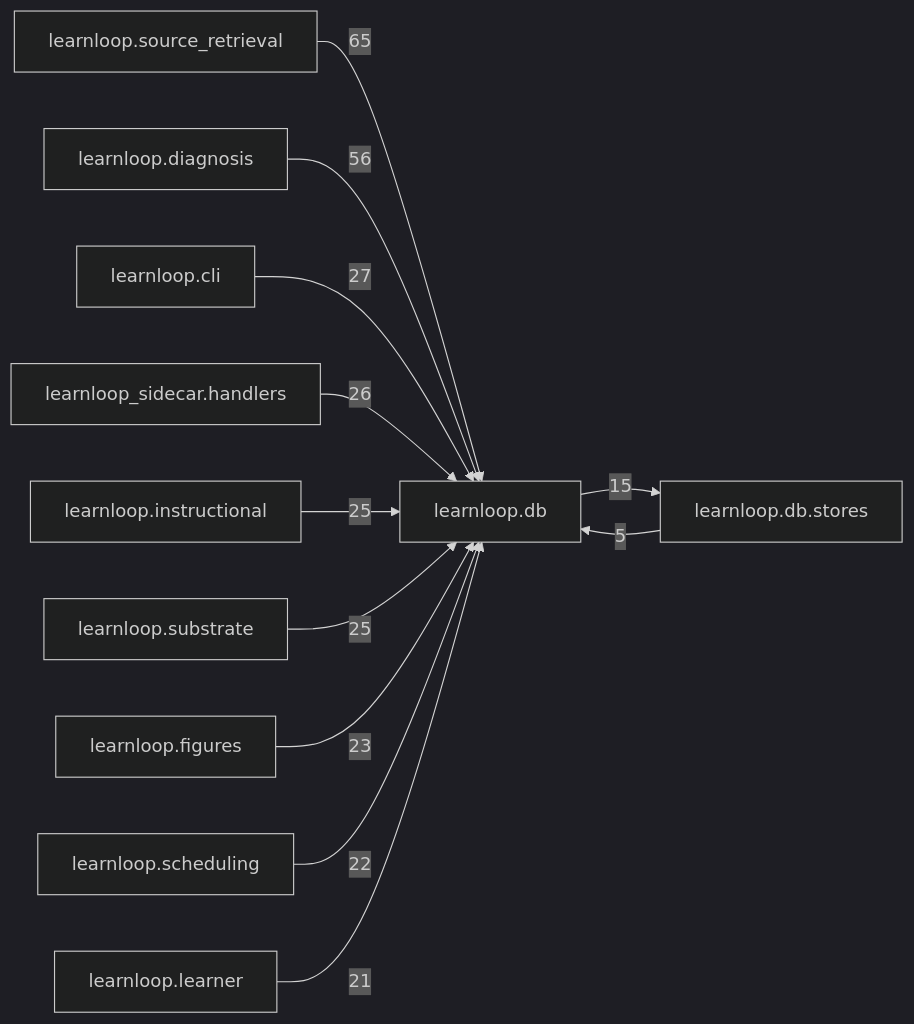
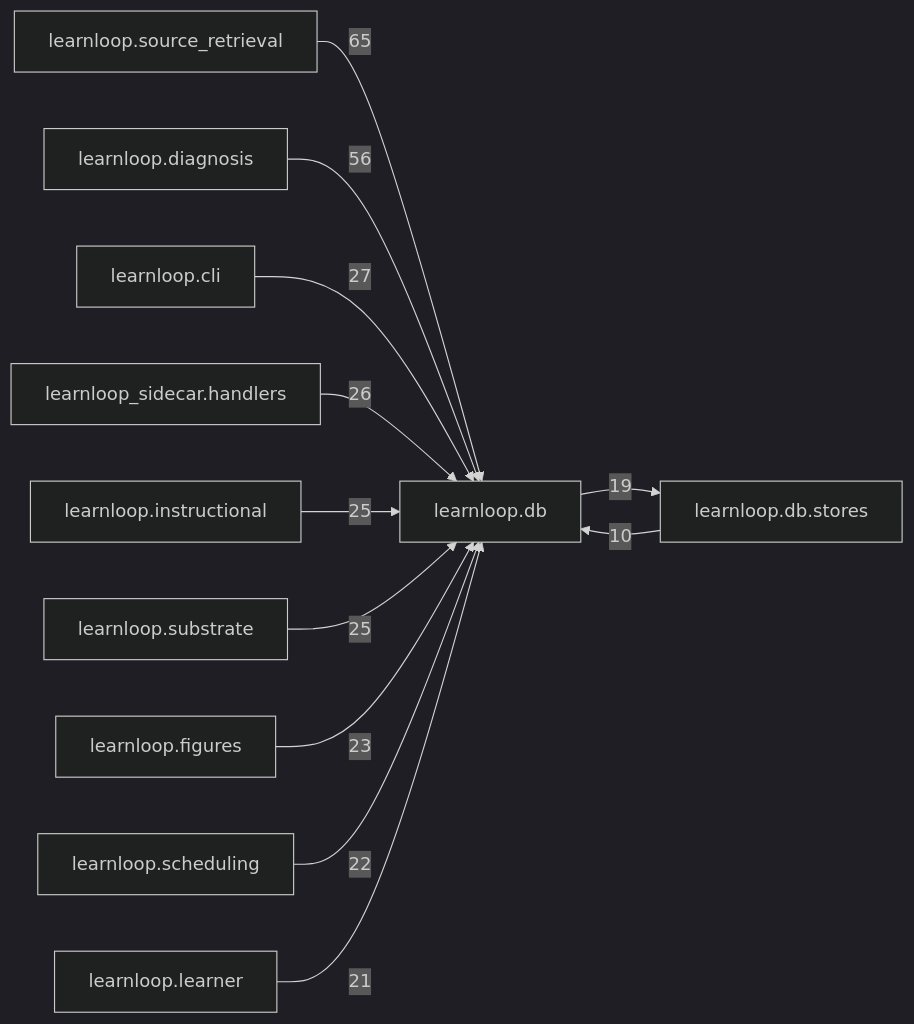
The diagram in docs/learnloop-architecture-vault/Reference/Modules/learnloop/db/_package.md (6up-b/learnanything), drawn with Mermaid (dark theme) before and after one commit. The commit also changed other lines of this file and 136 other files, not shown here.

````diff
--- a/docs/learnloop-architecture-vault/Reference/Modules/learnloop/db/_package.md
+++ b/docs/learnloop-architecture-vault/Reference/Modules/learnloop/db/_package.md
@@ -138,25 +139,25 @@
 ```mermaid
 flowchart LR
     center["learnloop.db"]
     n_learnloop_source_retrieval["learnloop.source_retrieval"]
     n_learnloop_diagnosis["learnloop.diagnosis"]
+    n_learnloop_db_stores["learnloop.db.stores"]
     n_learnloop_cli["learnloop.cli"]
     n_learnloop_sidecar_handlers["learnloop_sidecar.handlers"]
     n_learnloop_instructional["learnloop.instructional"]
     n_learnloop_substrate["learnloop.substrate"]
     n_learnloop_figures["learnloop.figures"]
     n_learnloop_scheduling["learnloop.scheduling"]
     n_learnloop_learner["learnloop.learner"]
-    n_learnloop_db_stores["learnloop.db.stores"]
     n_learnloop_source_retrieval -->|65| center
     n_learnloop_diagnosis -->|56| center
+    n_learnloop_db_stores -->|10| center
+    center -->|19| n_learnloop_db_stores
     n_learnloop_cli -->|27| center
     n_learnloop_sidecar_handlers -->|26| center
     n_learnloop_instructional -->|25| center
     n_learnloop_substrate -->|25| center
     n_learnloop_figures -->|23| center
     n_learnloop_scheduling -->|22| center
     n_learnloop_learner -->|21| center
-    n_learnloop_db_stores -->|5| center
-    center -->|15| n_learnloop_db_stores
 ```
````
